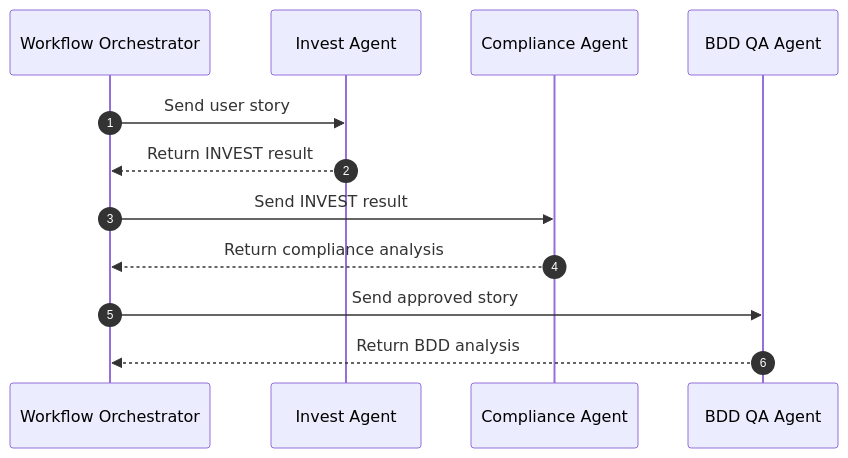
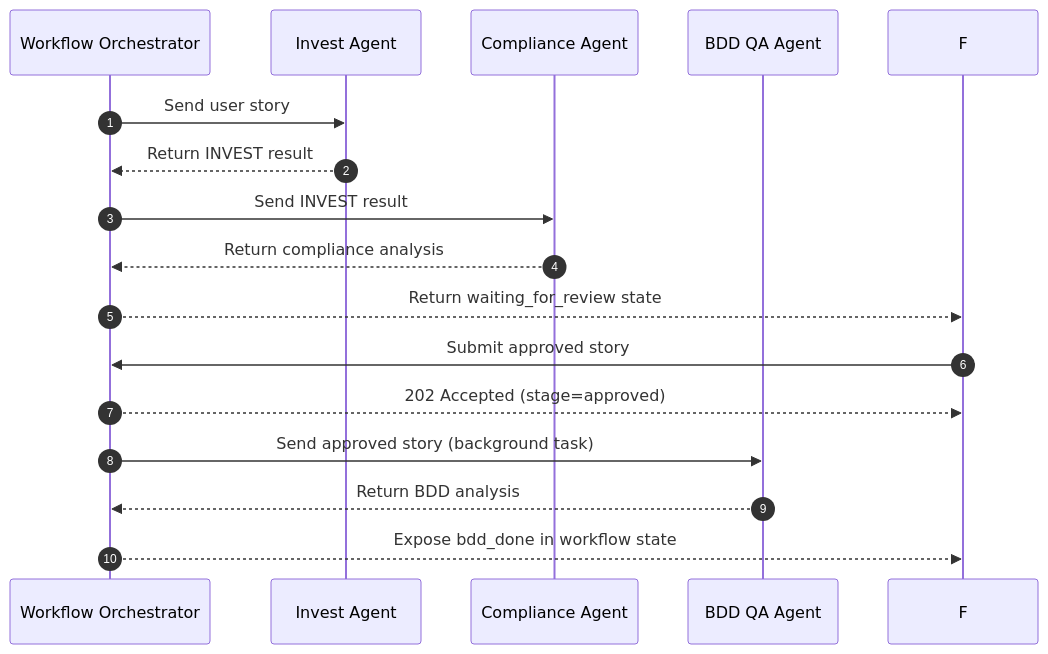
Before and after one commit to igusouz/talp-agents-mvp: the third of 4 diagrams in docs/workflow.md, drawn with Mermaid. The commit also changed other lines of this file and 3 other files, not shown here.

````diff
--- a/docs/workflow.md
+++ b/docs/workflow.md
@@ -85,15 +93,19 @@
 ```mermaid
 sequenceDiagram
   autonumber
   participant O as Workflow Orchestrator
   participant I as Invest Agent
   participant C as Compliance Agent
   participant B as BDD QA Agent
 
   O->>I: Send user story
   I-->>O: Return INVEST result
   O->>C: Send INVEST result
   C-->>O: Return compliance analysis
-  O->>B: Send approved story
+  O-->>F: Return waiting_for_review state
+  F->>O: Submit approved story
+  O-->>F: 202 Accepted (stage=approved)
+  O->>B: Send approved story (background task)
   B-->>O: Return BDD analysis
+  O-->>F: Expose bdd_done in workflow state
 ```
````
